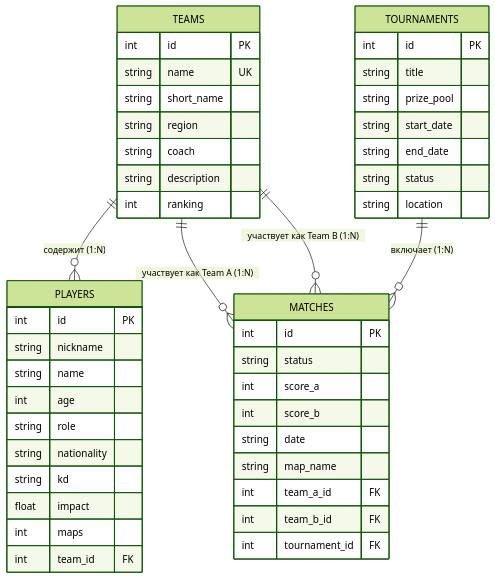
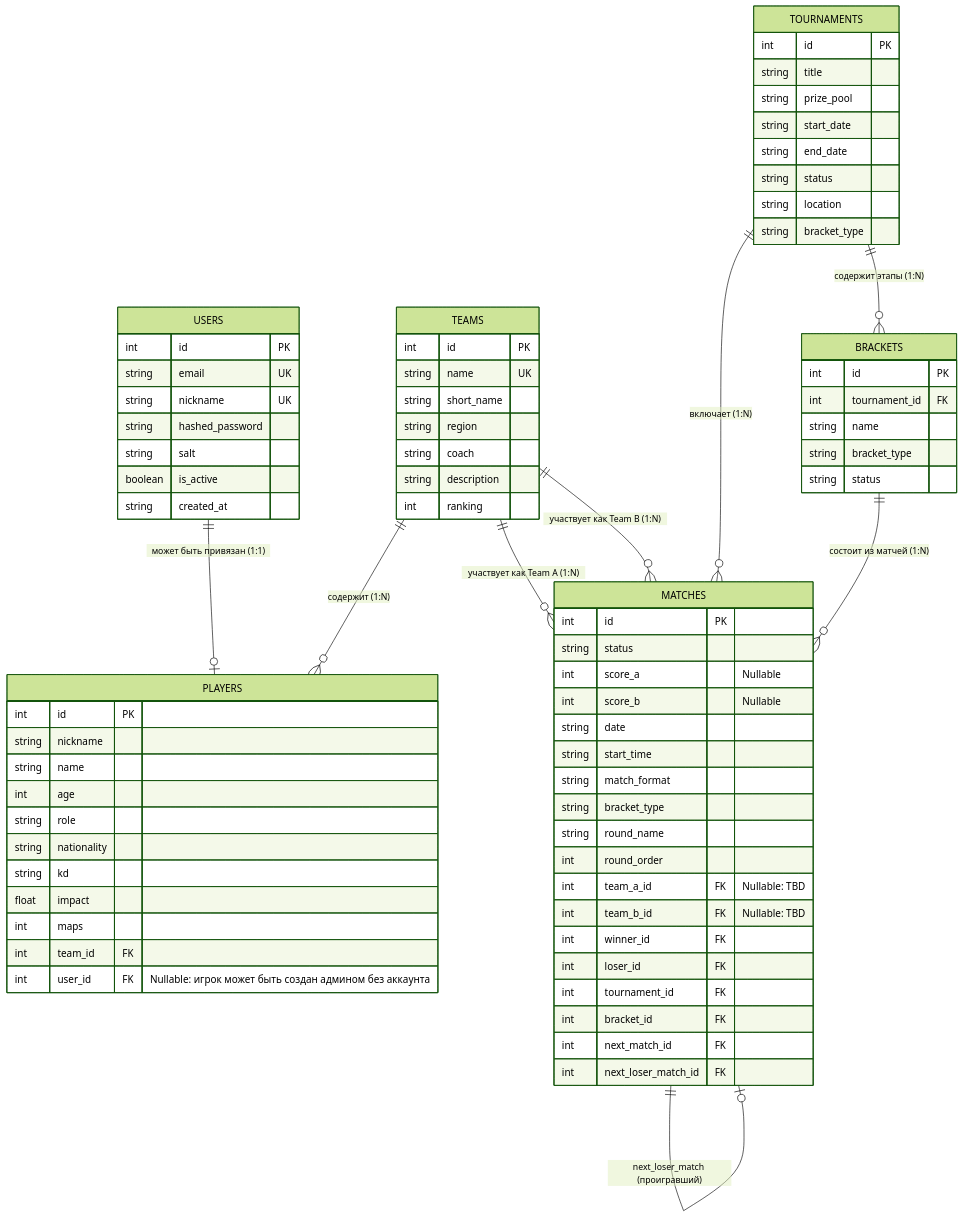
The diagram in README.md (Nikitao0o/tournamenttracker), drawn with Mermaid (forest theme) before and after one commit. The commit also changed other lines of this file and 16 other files, not shown here.

Commit message:
Implement multi-type tournament brackets, accounts, admin panel and dynamic admins.txt

````diff
--- a/README.md
+++ b/README.md
@@ -54,9 +57,24 @@
 ```mermaid
 erDiagram
+    USERS ||--o| PLAYERS : "может быть привязан (1:1)"
     TEAMS ||--o{ PLAYERS : "содержит (1:N)"
     TEAMS ||--o{ MATCHES : "участвует как Team A (1:N)"
     TEAMS ||--o{ MATCHES : "участвует как Team B (1:N)"
+    TOURNAMENTS ||--o{ BRACKETS : "содержит этапы (1:N)"
     TOURNAMENTS ||--o{ MATCHES : "включает (1:N)"
+    BRACKETS ||--o{ MATCHES : "состоит из матчей (1:N)"
+    MATCHES ||--o| MATCHES : "next_match (победитель)"
+    MATCHES ||--o| MATCHES : "next_loser_match (проигравший)"
+
+    USERS {
+        int id PK
+        string email UK
+        string nickname UK
+        string hashed_password
+        string salt
+        boolean is_active
+        string created_at
+    }
 
     TOURNAMENTS {
         int id PK
@@ -66,6 +84,15 @@
         string end_date
         string status
         string location
+        string bracket_type
+    }
+
+    BRACKETS {
+        int id PK
+        int tournament_id FK
+        string name
+        string bracket_type
+        string status
     }
 
     TEAMS {
@@ -89,17 +116,27 @@
         float impact
         int maps
         int team_id FK
+        int user_id FK "Nullable: игрок может быть создан админом без аккаунта"
     }
 
     MATCHES {
         int id PK
         string status
-        int score_a
-        int score_b
+        int score_a "Nullable"
+        int score_b "Nullable"
         string date
-        string map_name
-        int team_a_id FK
-        int team_b_id FK
+        string start_time
+        string match_format
+        string bracket_type
+        string round_name
+        int round_order
+        int team_a_id FK "Nullable: TBD"
+        int team_b_id FK "Nullable: TBD"
+        int winner_id FK
+        int loser_id FK
         int tournament_id FK
+        int bracket_id FK
+        int next_match_id FK
+        int next_loser_match_id FK
     }
 ```
````
